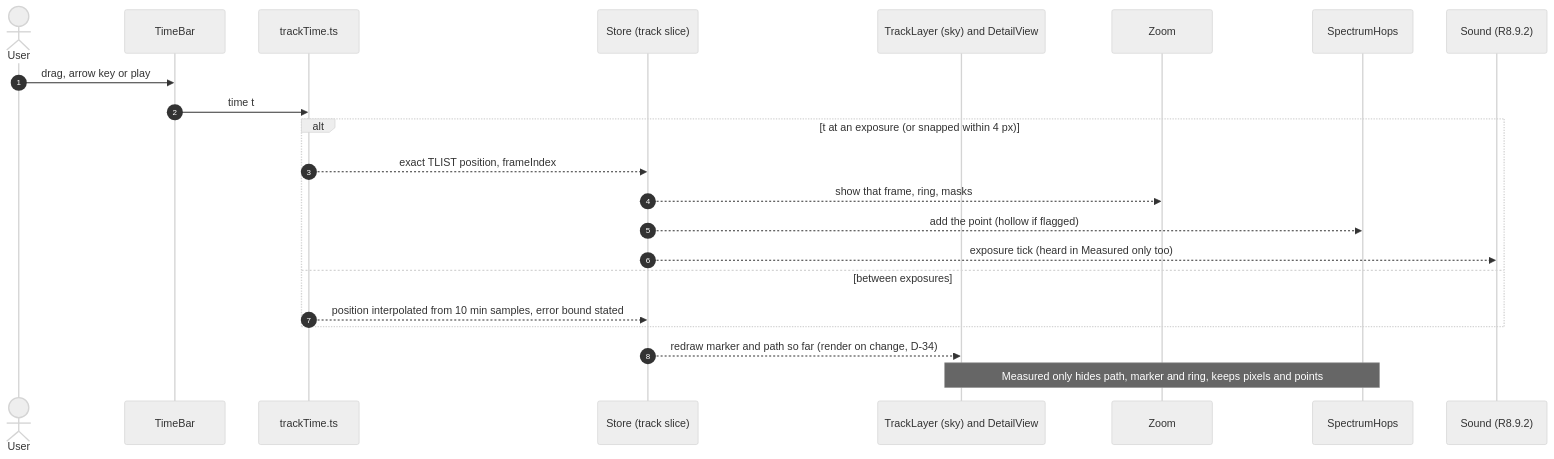
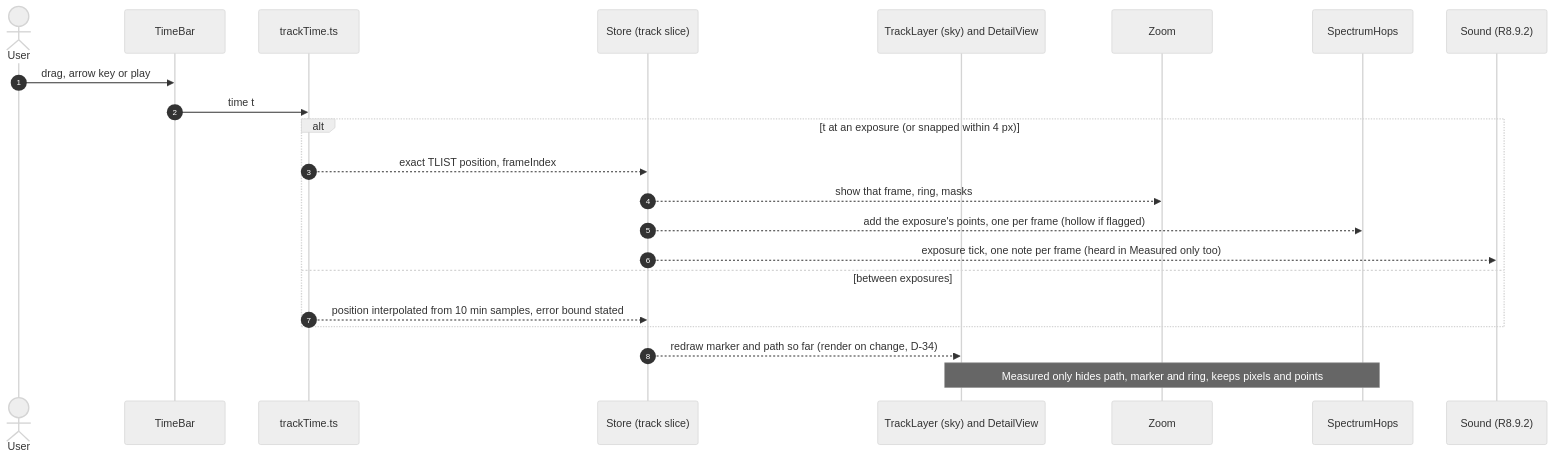
Before and after one commit to 0ffrian/SphereX: the third of 3 diagrams in docs/uml/23-track.md, drawn with Mermaid (neutral theme). The commit also changed 75 other files, not shown here.

````diff
--- a/docs/uml/23-track.md
+++ b/docs/uml/23-track.md
@@ -103,24 +103,24 @@
 ```mermaid
 sequenceDiagram
   autonumber
   actor U as User
   participant TB as TimeBar
   participant TT as trackTime.ts
   participant ST as Store (track slice)
   participant L as TrackLayer (sky) and DetailView
   participant Z as Zoom
   participant S as SpectrumHops
   participant A as Sound (R8.9.2)
   U->>TB: drag, arrow key or play
   TB->>TT: time t
   alt t at an exposure (or snapped within 4 px)
     TT-->>ST: exact TLIST position, frameIndex
     ST-->>Z: show that frame, ring, masks
-    ST-->>S: add the point (hollow if flagged)
-    ST-->>A: exposure tick (heard in Measured only too)
+    ST-->>S: add the exposure's points, one per frame (hollow if flagged)
+    ST-->>A: exposure tick, one note per frame (heard in Measured only too)
   else between exposures
     TT-->>ST: position interpolated from 10 min samples, error bound stated
   end
   ST-->>L: redraw marker and path so far (render on change, D-34)
   Note over L,S: Measured only hides path, marker and ring, keeps pixels and points
 ```
````
